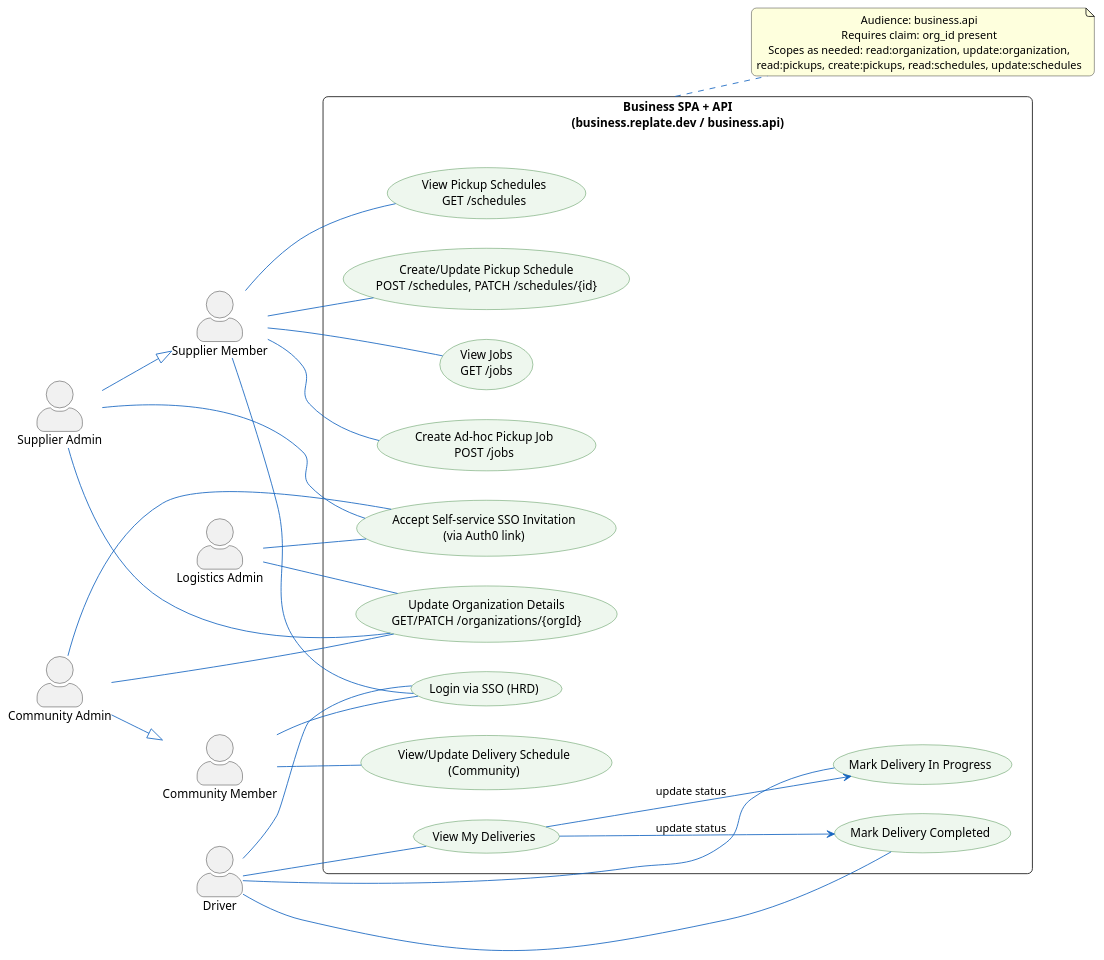
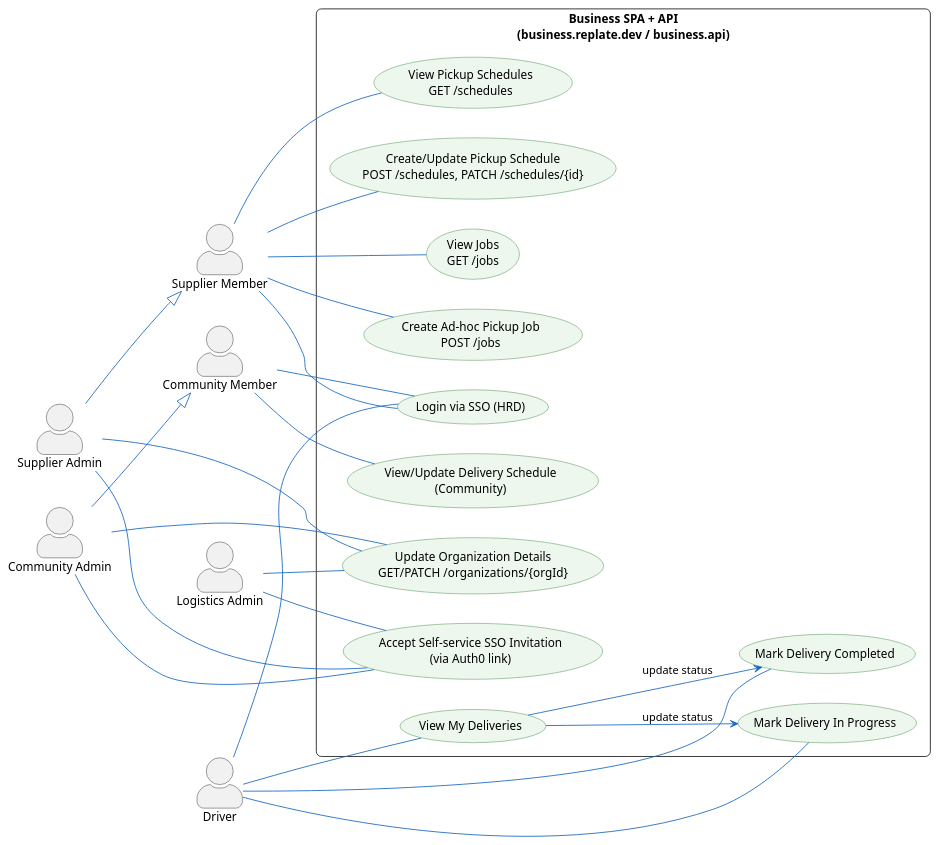
One commit to abbaspour/replate changed the diagram in diagrams/business-use-cases.puml. Above: the diagram before and after it, drawn with PlantUML. The commit also changed 6 other files, not shown here.

```diff
--- a/diagrams/business-use-cases.puml
+++ b/diagrams/business-use-cases.puml
@@ -1,87 +1,79 @@
 @startuml
 left to right direction
 skinparam usecase {
   BackgroundColor #EEF7EE
   BorderColor #2E7D32
   ArrowColor #1565C0
 }
 skinparam actorStyle awesome
 skinparam shadowing false
 skinparam roundcorner 12
 skinparam DefaultTextAlignment center
 
 ' Actors in Business domain
 actor "Supplier Admin" as SupplierAdmin
 actor "Supplier Member" as SupplierMember
 actor "Logistics Admin" as LogisticsAdmin
 actor Driver
 actor "Community Admin" as CommunityAdmin
 actor "Community Member" as CommunityMember
 
 CommunityAdmin --|> CommunityMember
 SupplierAdmin --|> SupplierMember
 
 rectangle "Business SPA + API\n(business.replate.dev / business.api)" as System {
   usecase "Login via SSO (HRD)" as UCLogin
 
   usecase "View Jobs\nGET /jobs" as UCViewJobs
   usecase "Create Ad-hoc Pickup Job\nPOST /jobs" as UCCreateJob
 
   usecase "View Pickup Schedules\nGET /schedules" as UCViewSchedules
   usecase "Create/Update Pickup Schedule\nPOST /schedules, PATCH /schedules/{id}" as UCManageSchedules
 
   usecase "View/Update Delivery Schedule\n(Community)" as UCManageDeliverySchedules
 
   usecase "Update Organization Details\nGET/PATCH /organizations/{orgId}" as UCUpdateOrg
 
   usecase "View My Deliveries" as UCDriverView
   usecase "Mark Delivery In Progress" as UCInProgress
   usecase "Mark Delivery Completed" as UCCompleted
 
   usecase "Accept Self-service SSO Invitation\n(via Auth0 link)" as UCAcceptSSO
 '  usecase "Update Logistics Company Details" as UCUpdateLogistics
 }
 
-' Auth and access rules (claims/scopes)
-note right of System
-  Audience: business.api
-  Requires claim: org_id present
-  Scopes as needed: read:organization, update:organization,
-  read:pickups, create:pickups, read:schedules, update:schedules
-end note
-
 ' Login applies to all personas
 SupplierMember -- UCLogin
 Driver -- UCLogin
 CommunityMember -- UCLogin
 
 ' Jobs
 SupplierMember -- UCViewJobs
 Driver -- UCDriverView
 
 SupplierMember -- UCCreateJob
 
 ' Schedules (Pickup schedules for Suppliers)
 SupplierMember -- UCViewSchedules
 SupplierMember -- UCManageSchedules
 
 ' Delivery schedules for Communities
 CommunityMember -- UCManageDeliverySchedules
 
 ' Organization details
 SupplierAdmin -- UCUpdateOrg
 LogisticsAdmin -- UCUpdateOrg
 CommunityAdmin -- UCUpdateOrg
 
 ' Driver workflow
 UCDriverView --> UCInProgress : update status
 UCDriverView --> UCCompleted : update status
 Driver -- UCInProgress
 Driver -- UCCompleted
 
 ' Self-service SSO invitation acceptance
 SupplierAdmin -- UCAcceptSSO
 LogisticsAdmin -- UCAcceptSSO
 CommunityAdmin -- UCAcceptSSO
 
 @enduml
```
